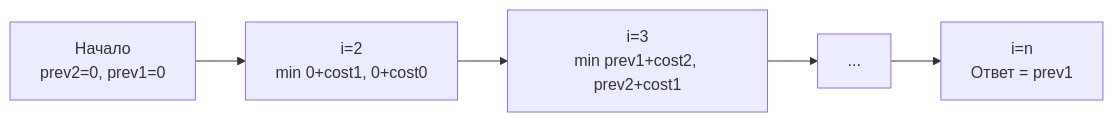
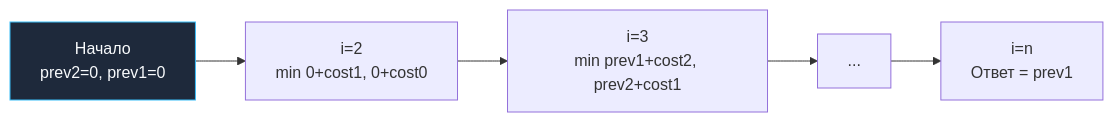
One commit to UnrealTemplier/go-textbook changed the diagram in sources/21. Задачи с LeetCode и собеседований на Go/02. Задачи/18. Динамическое программирование 1D/7. Min Cost Climbing Stairs.md. Above: the diagram before and after it, drawn with Mermaid. The commit also changed 1666 other files, not shown here.

First line of the commit message:
feat(mermaid): add semantic color classDef to 1369 colorless flowchart/graph diagrams

````diff
--- a/sources/21. Задачи с LeetCode и собеседований на Go/02. Задачи/18. Динамическое программирование 1D/7. Min Cost Climbing Stairs.md
+++ b/sources/21. Задачи с LeetCode и собеседований на Go/02. Задачи/18. Динамическое программирование 1D/7. Min Cost Climbing Stairs.md
@@ -60,7 +60,17 @@
 ```mermaid
 flowchart LR
-    A["Начало<br>prev2=0, prev1=0"] --> B["i=2<br>min 0+cost1, 0+cost0"]
+    classDef process  fill:#1e293b,stroke:#38bdf8,stroke-width:1px,color:#f8fafc
+    classDef success  fill:#064e3b,stroke:#34d399,stroke-width:1px,color:#f8fafc
+    classDef error    fill:#7f1d1d,stroke:#f87171,stroke-width:1px,color:#f8fafc
+    classDef warning  fill:#78350f,stroke:#fbbf24,stroke-width:1px,color:#f8fafc
+    classDef entry    fill:#1e3a5f,stroke:#38bdf8,stroke-width:2px,color:#f8fafc
+    classDef aux      fill:#334155,stroke:#64748b,stroke-width:1px,color:#f8fafc
+    classDef system   fill:#312e81,stroke:#a78bfa,stroke-width:1px,color:#f8fafc
+    classDef data     fill:#132d29,stroke:#2dd4bf,stroke-width:1px,color:#f8fafc
+    classDef network  fill:#881337,stroke:#fb7185,stroke-width:1px,color:#f8fafc
+    classDef accent   fill:#1e1b4b,stroke:#818cf8,stroke-width:1px,color:#f8fafc
+    A["Начало<br>prev2=0, prev1=0"]:::process --> B["i=2<br>min 0+cost1, 0+cost0"]
     B --> C["i=3<br>min prev1+cost2, prev2+cost1"]
     C --> D["..."]
     D --> E["i=n<br>Ответ = prev1"]
 ```
````
